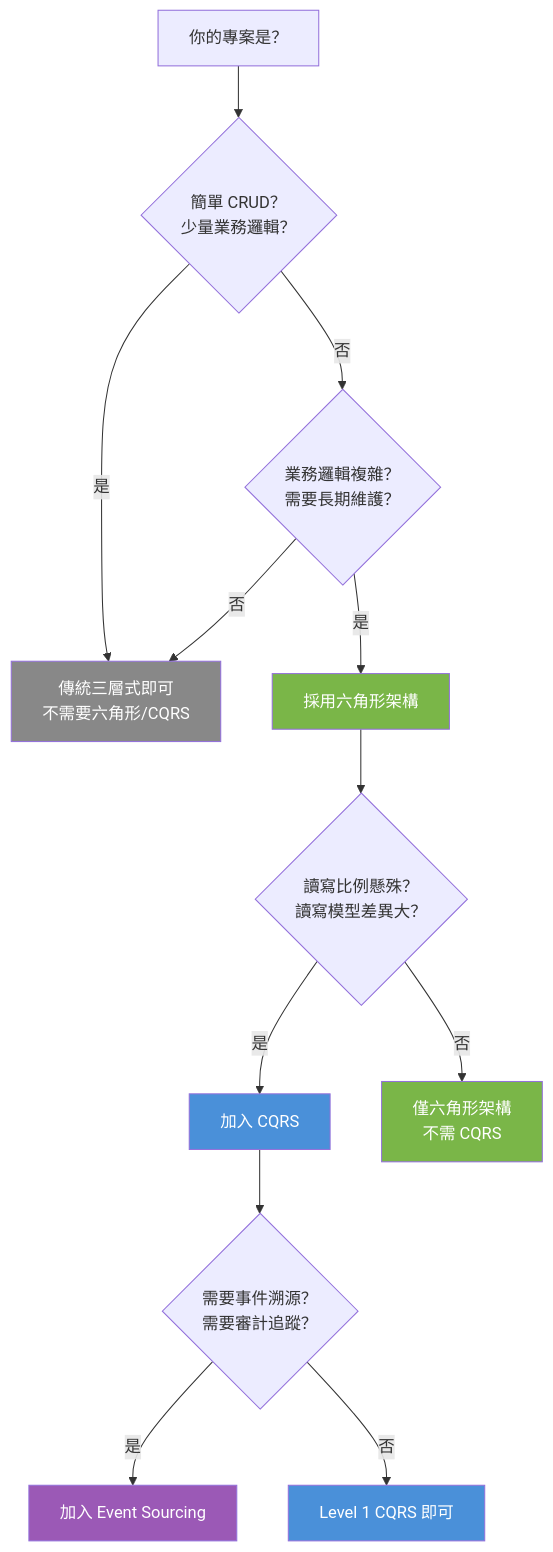
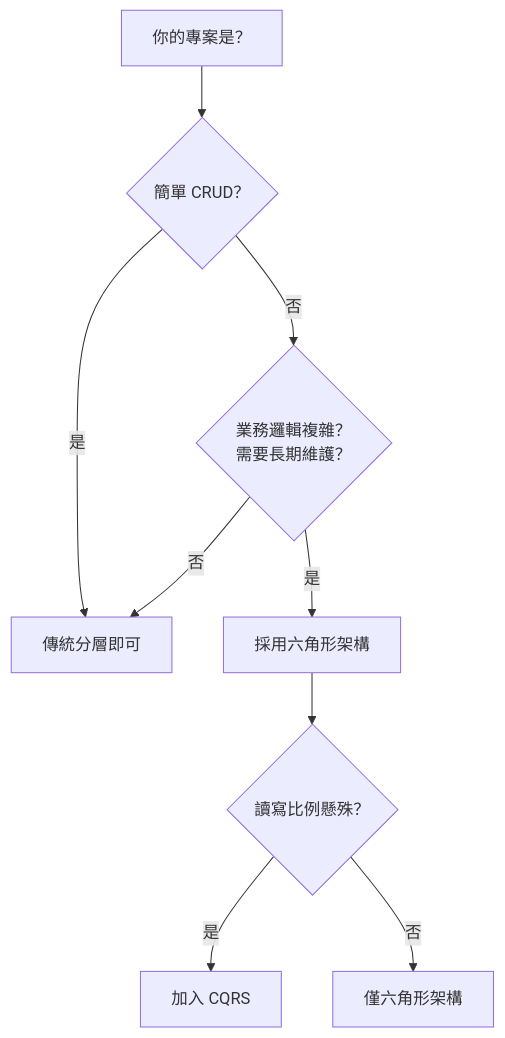
Before and after one commit to ChunPingWang/solid-hexagonal-cqrs-tutorial: diagram 14 of 14 in README.md, drawn with Mermaid. The commit also changed other lines of this file and 89 other files, not shown here.

````diff
--- a/README.md
+++ b/README.md
@@ -1049,21 +726,11 @@
 ```mermaid
 graph TD
-    Start["你的專案是？"] --> Q1{"簡單 CRUD？<br/>少量業務邏輯？"}
-    Q1 -->|是| A1["傳統三層式即可<br/>不需要六角形/CQRS"]
+    Start["你的專案是？"] --> Q1{"簡單 CRUD？"}
+    Q1 -->|是| A1["傳統分層即可"]
     Q1 -->|否| Q2{"業務邏輯複雜？<br/>需要長期維護？"}
     Q2 -->|是| A2["採用六角形架構"]
     Q2 -->|否| A1
-    A2 --> Q3{"讀寫比例懸殊？<br/>讀寫模型差異大？"}
+    A2 --> Q3{"讀寫比例懸殊？"}
     Q3 -->|是| A3["加入 CQRS"]
-    Q3 -->|否| A4["僅六角形架構<br/>不需 CQRS"]
-    A3 --> Q4{"需要事件溯源？<br/>需要審計追蹤？"}
-    Q4 -->|是| A5["加入 Event Sourcing"]
-    Q4 -->|否| A6["Level 1 CQRS 即可"]
-
-    style A1 fill:#888,color:#fff
-    style A2 fill:#7ab648,color:#fff
-    style A3 fill:#4a90d9,color:#fff
-    style A4 fill:#7ab648,color:#fff
-    style A5 fill:#9b59b6,color:#fff
-    style A6 fill:#4a90d9,color:#fff
+    Q3 -->|否| A4["僅六角形架構"]
 ```
````
